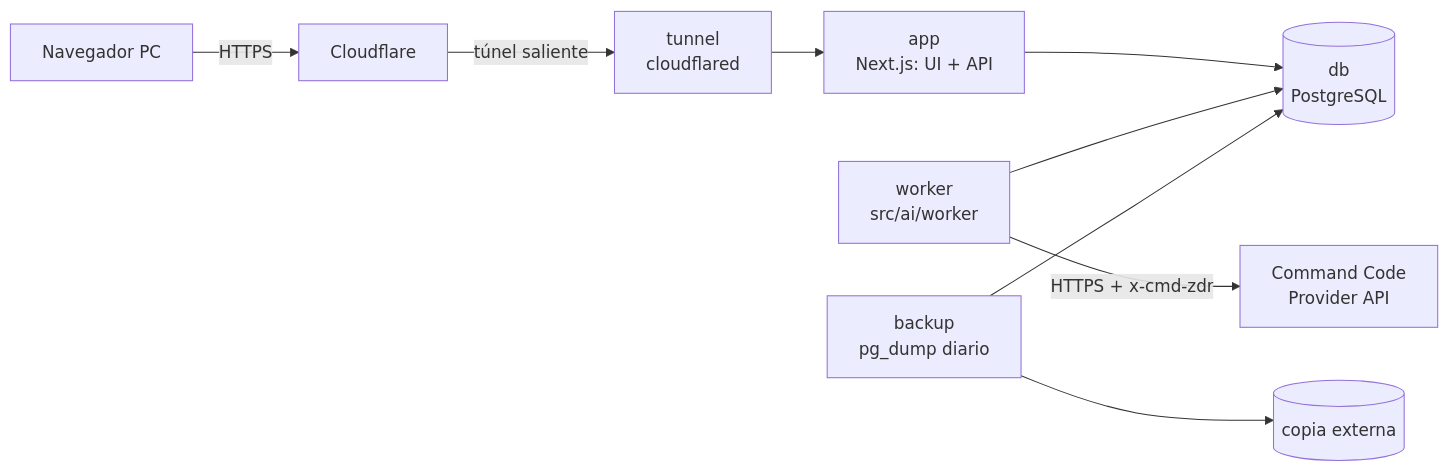
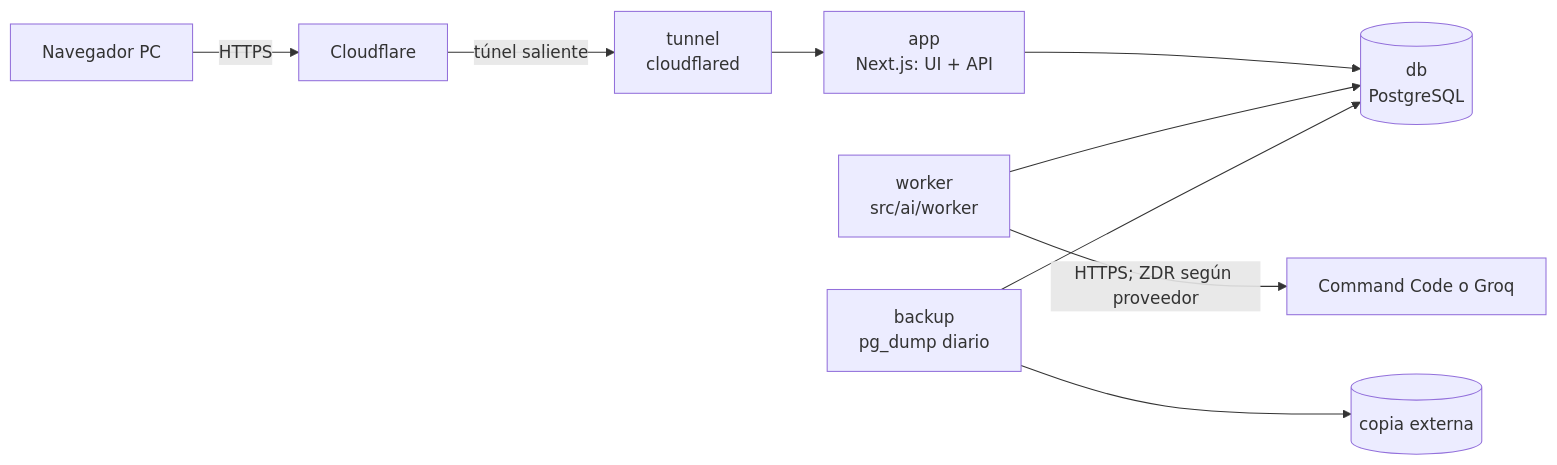
Before and after one commit to Allopze/crm-fabrica-neltume: the first of 2 diagrams in DESIGN.md, drawn with Mermaid. The commit also changed other lines of this file and 45 other files, not shown here.

````diff
--- a/DESIGN.md
+++ b/DESIGN.md
@@ -7,11 +7,11 @@
 ```mermaid
 flowchart LR
   U[Navegador PC] -->|HTTPS| CF[Cloudflare]
   CF -->|túnel saliente| T[tunnel<br/>cloudflared]
   T --> A[app<br/>Next.js: UI + API]
   A --> D[(db<br/>PostgreSQL)]
   W[worker<br/>src/ai/worker] --> D
-  W -->|HTTPS + x-cmd-zdr| L[Command Code<br/>Provider API]
+  W -->|HTTPS; ZDR según proveedor| L[Command Code o Groq]
   B[backup<br/>pg_dump diario] --> D
   B --> X[(copia externa)]
 ```
````
